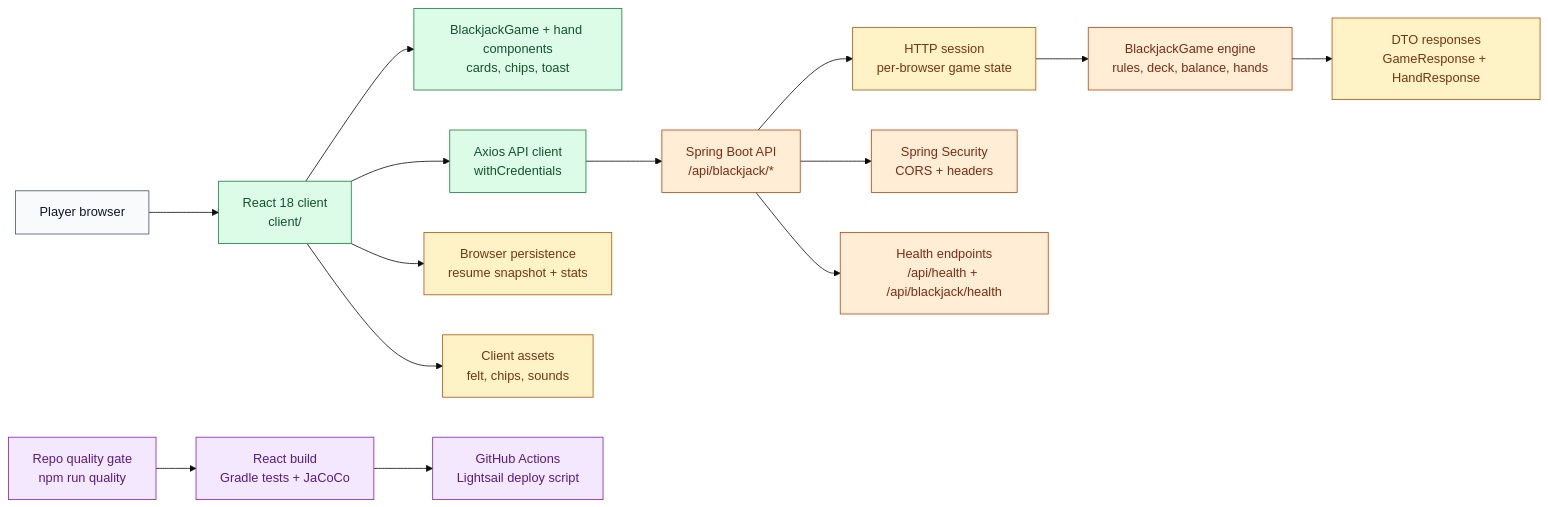
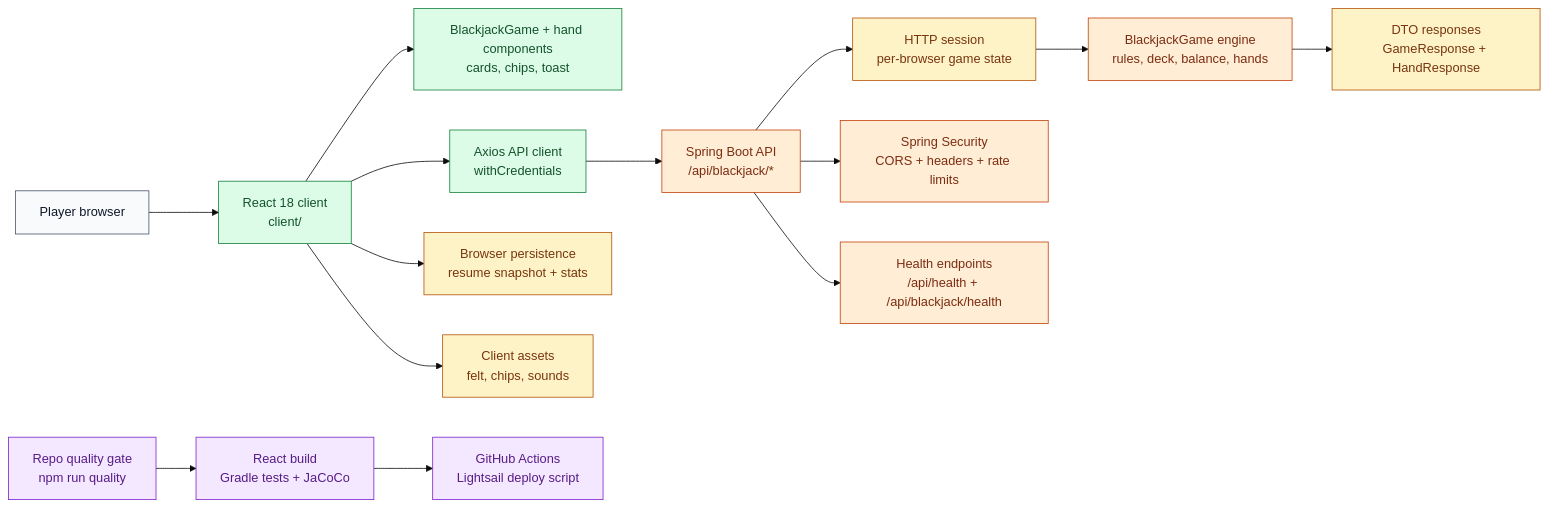
One commit to natezimm/blackjack changed the first of 2 diagrams in docs/architecture.md. Above: the diagram before and after it, drawn with Mermaid (base theme). The commit also changed other lines of this file and 9 other files, not shown here.

Commit message:
Implement API rate limiting with configurable limits and window duration

````diff
--- a/docs/architecture.md
+++ b/docs/architecture.md
@@ -9,30 +9,30 @@
 ```mermaid
 flowchart LR
   Player["Player browser"] --> Client["React 18 client<br/>client/"]
   Client --> GameUI["BlackjackGame + hand components<br/>cards, chips, toast"]
   Client --> ApiClient["Axios API client<br/>withCredentials"]
   Client --> BrowserState["Browser persistence<br/>resume snapshot + stats"]
   Client --> Assets["Client assets<br/>felt, chips, sounds"]
   ApiClient --> Controller["Spring Boot API<br/>/api/blackjack/*"]
   Controller --> Session["HTTP session<br/>per-browser game state"]
   Session --> Engine["BlackjackGame engine<br/>rules, deck, balance, hands"]
   Engine --> DTOs["DTO responses<br/>GameResponse + HandResponse"]
-  Controller --> Security["Spring Security<br/>CORS + headers"]
+  Controller --> Security["Spring Security<br/>CORS + headers + rate limits"]
   Controller --> Health["Health endpoints<br/>/api/health + /api/blackjack/health"]
   Repo["Repo quality gate<br/>npm run quality"] --> Builds["React build<br/>Gradle tests + JaCoCo"]
   Builds --> Deploy["GitHub Actions<br/>Lightsail deploy script"]
 
   classDef user fill:#f8fafc,stroke:#475569,color:#0f172a
   classDef site fill:#e0f2fe,stroke:#0369a1,color:#0c4a6e
   classDef server fill:#ffedd5,stroke:#c2410c,color:#7c2d12
   classDef repo fill:#eef2ff,stroke:#4338ca,color:#312e81
   classDef client fill:#dcfce7,stroke:#15803d,color:#14532d
   classDef data fill:#fef3c7,stroke:#b45309,color:#78350f
   classDef delivery fill:#f3e8ff,stroke:#7e22ce,color:#581c87
   classDef external fill:#fee2e2,stroke:#b91c1c,color:#7f1d1d
   class Player user
   class Client,GameUI,ApiClient client
   class Controller,Engine,Security,Health server
   class BrowserState,Assets,Session,DTOs data
   class Repo,Builds,Deploy delivery
 ```
````
